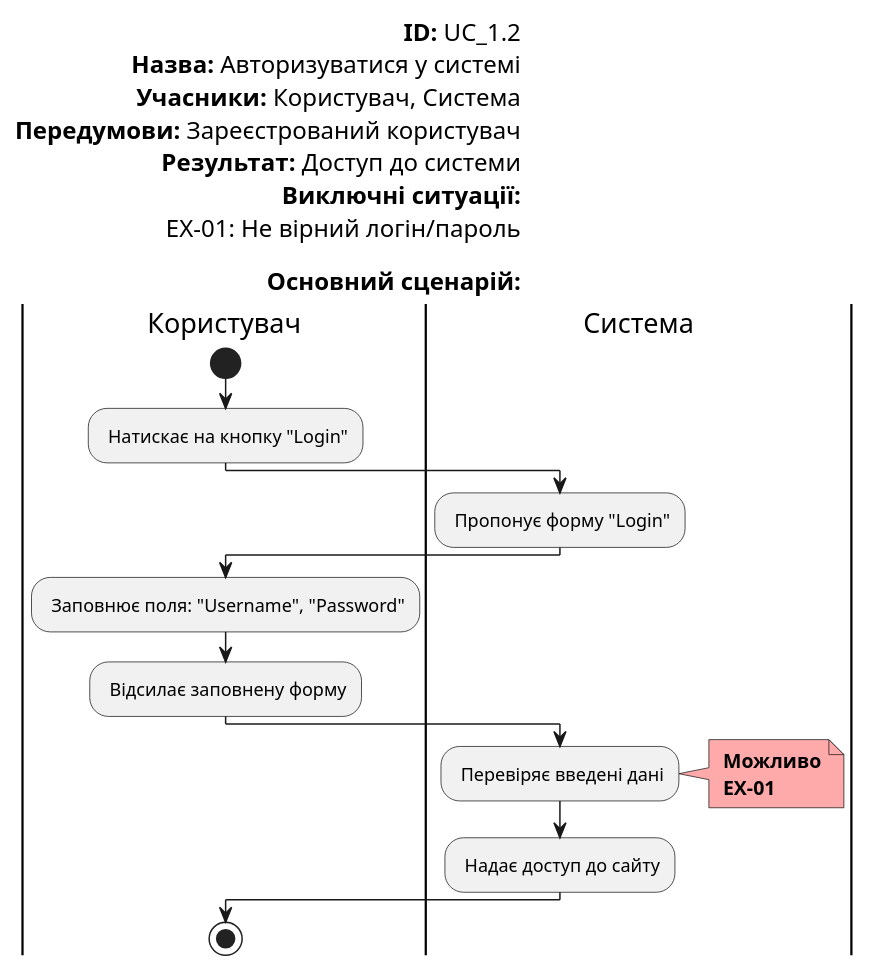
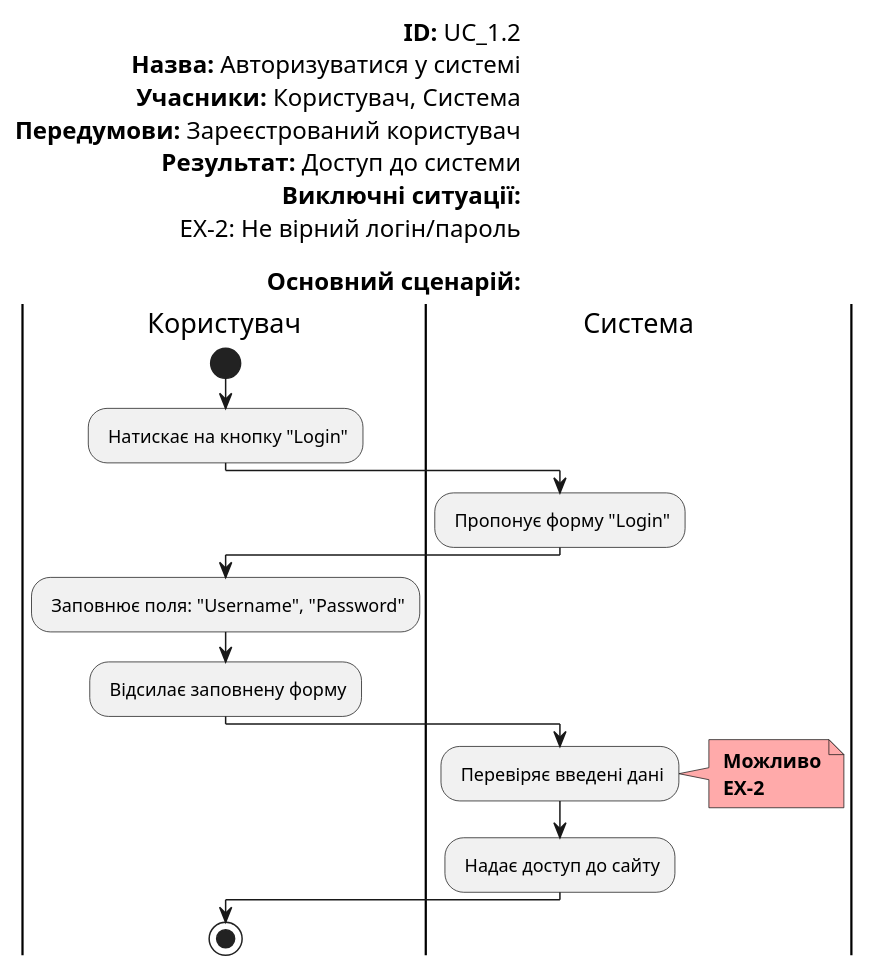
The third of 6 diagrams in docs/use cases/README.md (boldak/edu-db-cw), drawn with PlantUML before and after one commit. The commit also changed other lines of this file, not shown here.

```diff
--- a/docs/use cases/README.md
+++ b/docs/use cases/README.md
@@ -117,32 +117,32 @@
 @startuml
 
     left header
         <font color=000 size=16><b>ID:</b> UC_1.2
         <font color=000 size=16><b>Назва:</b> Авторизуватися у системі
         <font color=000 size=16><b>Учасники:</b> Користувач, Система
         <font color=000 size=16><b>Передумови:</b> Зареєстрований користувач
         <font color=000 size=16><b>Результат:</b> Доступ до системи
         <font color=000 size=16><b>Виключні ситуації:</b>
-        <font color=000 size=16>EX-01: Не вірний логін/пароль
+        <font color=000 size=16>EX-2: Не вірний логін/пароль
 
         <font color=000 size=16><b>Основний сценарій:</b>
     end header
 
     |Користувач|
         start
         : Натискає на кнопку "Login";
     |Система|
         : Пропонує форму "Login";
     |Користувач|
         : Заповнює поля: "Username", "Password";
         : Відсилає заповнену форму;
     |Система|
         : Перевіряє введені дані;
         note right #ffaaaa
         <b> Можливо
-        <b> EX-01
+        <b> EX-2
         end note
         : Надає доступ до сайту;
     |Користувач|
         stop;
 @enduml
```
